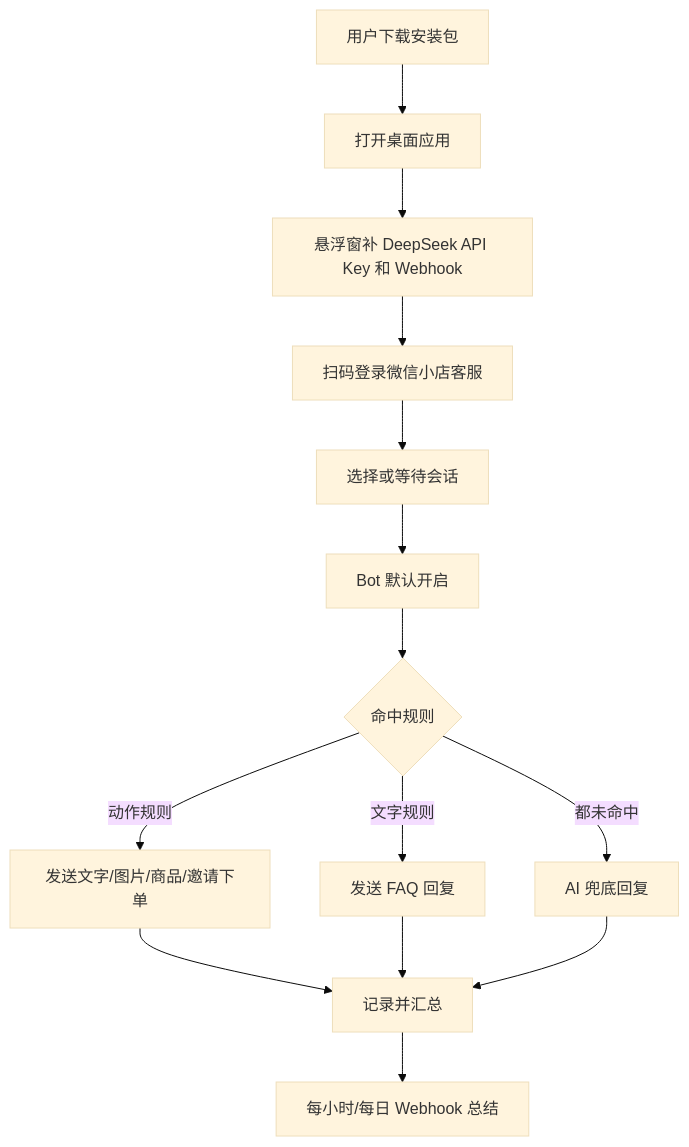
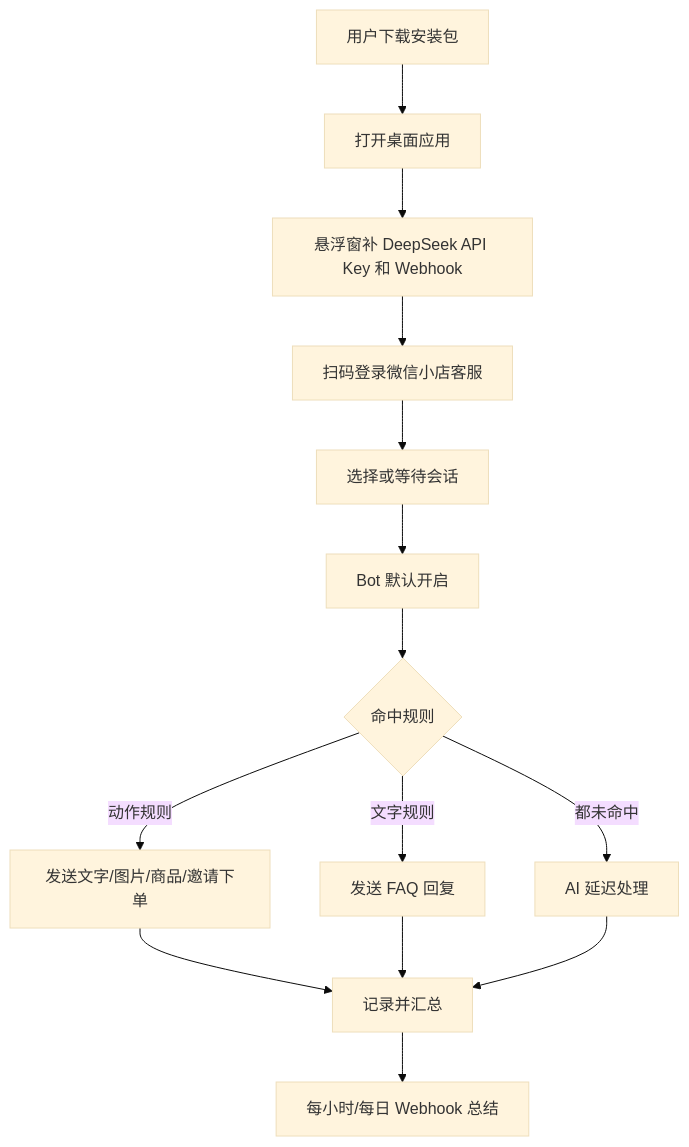
Before and after one commit to JahanHe/wechat-autoreply: the fifth of 9 diagrams in docs/project-journey.md, drawn with Mermaid (base theme). The commit also changed other lines of this file and 30 other files, not shown here.

Commit message:
feat: rebuild reply task flow for 0.4.4

````diff
--- a/docs/project-journey.md
+++ b/docs/project-journey.md
@@ -239,16 +239,16 @@
 ```mermaid
 flowchart TD
   A["用户下载安装包"] --> B["打开桌面应用"]
   B --> C["悬浮窗补 DeepSeek API Key 和 Webhook"]
   C --> D["扫码登录微信小店客服"]
   D --> E["选择或等待会话"]
   E --> F["Bot 默认开启"]
   F --> G{"命中规则"}
   G -- "动作规则" --> H["发送文字/图片/商品/邀请下单"]
   G -- "文字规则" --> I["发送 FAQ 回复"]
-  G -- "都未命中" --> J["AI 兜底回复"]
+  G -- "都未命中" --> J["AI 延迟处理"]
   H --> K["记录并汇总"]
   I --> K
   J --> K
   K --> L["每小时/每日 Webhook 总结"]
 ```
````
